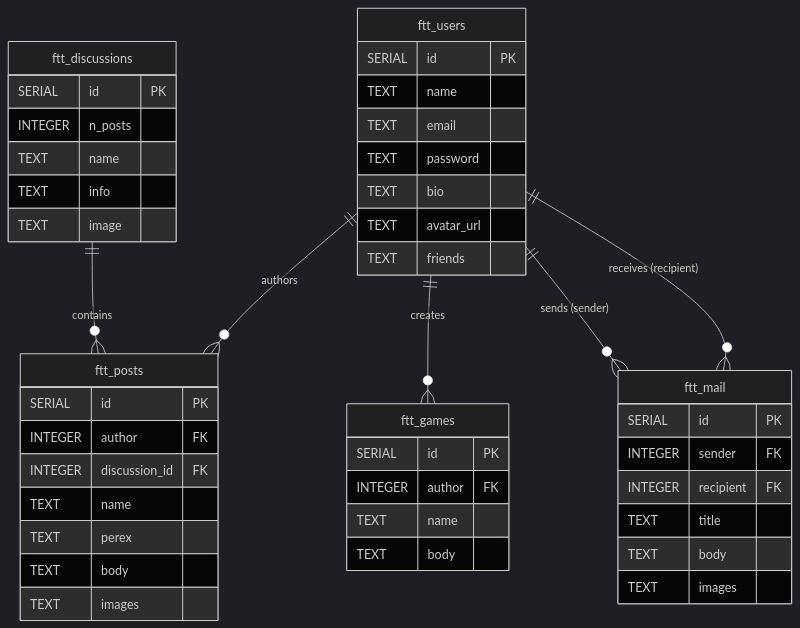
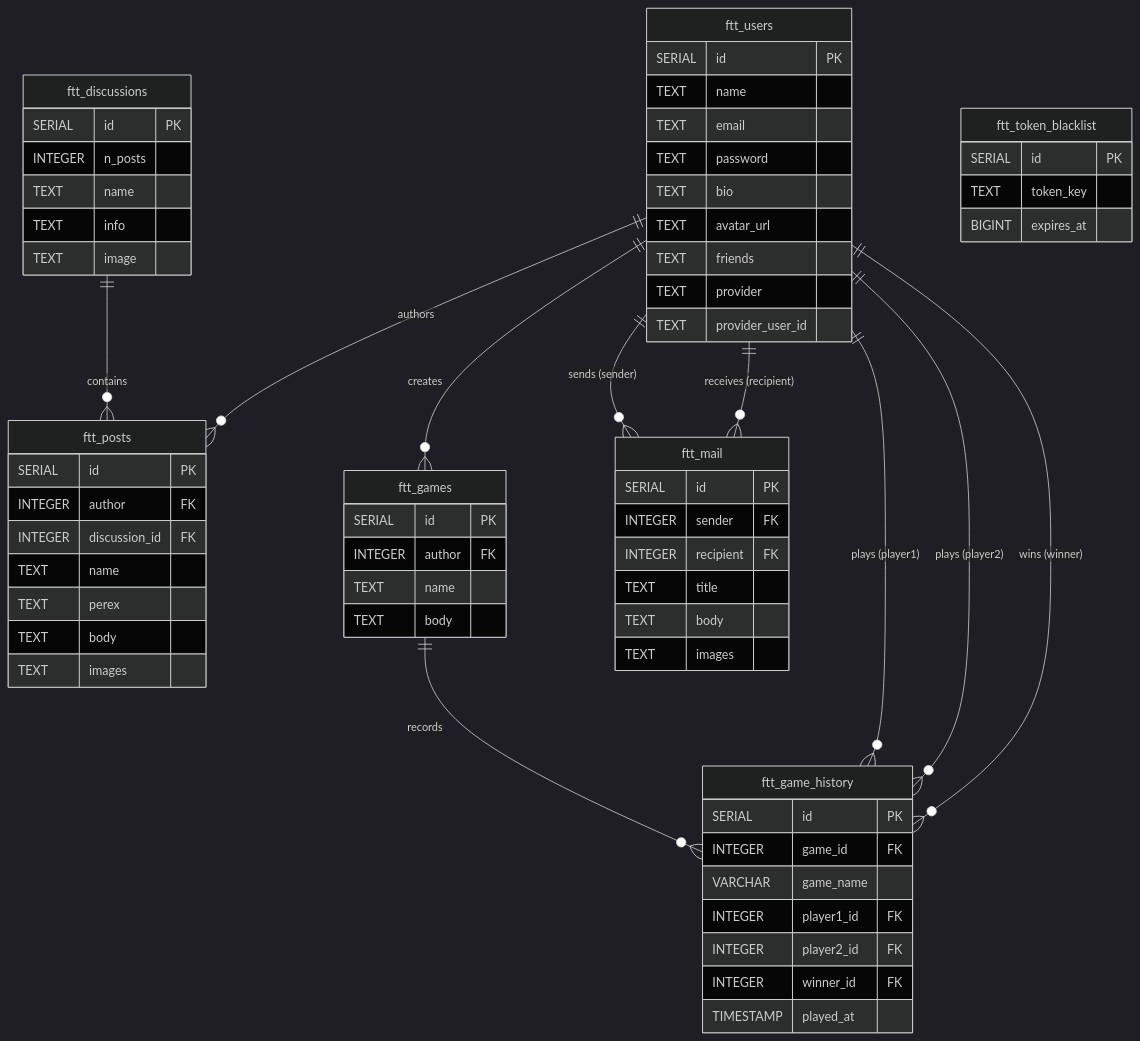
One commit to novotnyradekcz/42-ft-transcendence changed the diagram in README.md. Above: the diagram before and after it, drawn with Mermaid (dark theme). The commit also changed other lines of this file, not shown here.

````diff
--- a/README.md
+++ b/README.md
@@ -169,52 +176,74 @@
 ```mermaid
 erDiagram
     ftt_users ||--o{ ftt_posts : "authors"
     ftt_users ||--o{ ftt_games : "creates"
     ftt_users ||--o{ ftt_mail : "sends (sender)"
     ftt_users ||--o{ ftt_mail : "receives (recipient)"
+    ftt_users ||--o{ ftt_game_history : "plays (player1)"
+    ftt_users ||--o{ ftt_game_history : "plays (player2)"
+    ftt_users ||--o{ ftt_game_history : "wins (winner)"
+    ftt_games ||--o{ ftt_game_history : "records"
     ftt_discussions ||--o{ ftt_posts : "contains"
 
     ftt_users {
         SERIAL id PK
         TEXT name
         TEXT email
         TEXT password
         TEXT bio
         TEXT avatar_url
         TEXT friends
+        TEXT provider
+        TEXT provider_user_id
     }
 
     ftt_discussions {
         SERIAL id PK
         INTEGER n_posts
         TEXT name
         TEXT info
         TEXT image
     }
 
     ftt_posts {
         SERIAL id PK
         INTEGER author FK
         INTEGER discussion_id FK
         TEXT name
         TEXT perex
         TEXT body
         TEXT images
     }
 
     ftt_mail {
         SERIAL id PK
         INTEGER sender FK
         INTEGER recipient FK
         TEXT title
         TEXT body
         TEXT images
     }
 
     ftt_games {
         SERIAL id PK
         INTEGER author FK
         TEXT name
         TEXT body
     }
+
+    ftt_game_history {
+        SERIAL id PK
+        INTEGER game_id FK
+        VARCHAR game_name
+        INTEGER player1_id FK
+        INTEGER player2_id FK
+        INTEGER winner_id FK
+        TIMESTAMP played_at
+    }
+
+    ftt_token_blacklist {
+        SERIAL id PK
+        TEXT token_key
+        BIGINT expires_at
+    }
 ```
````
